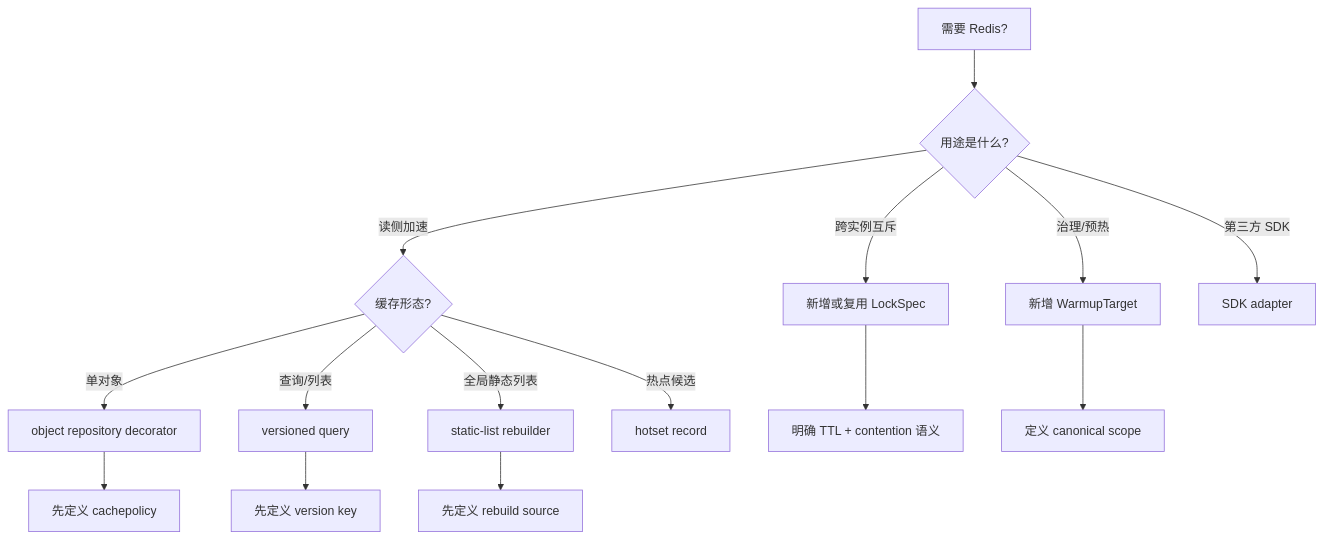
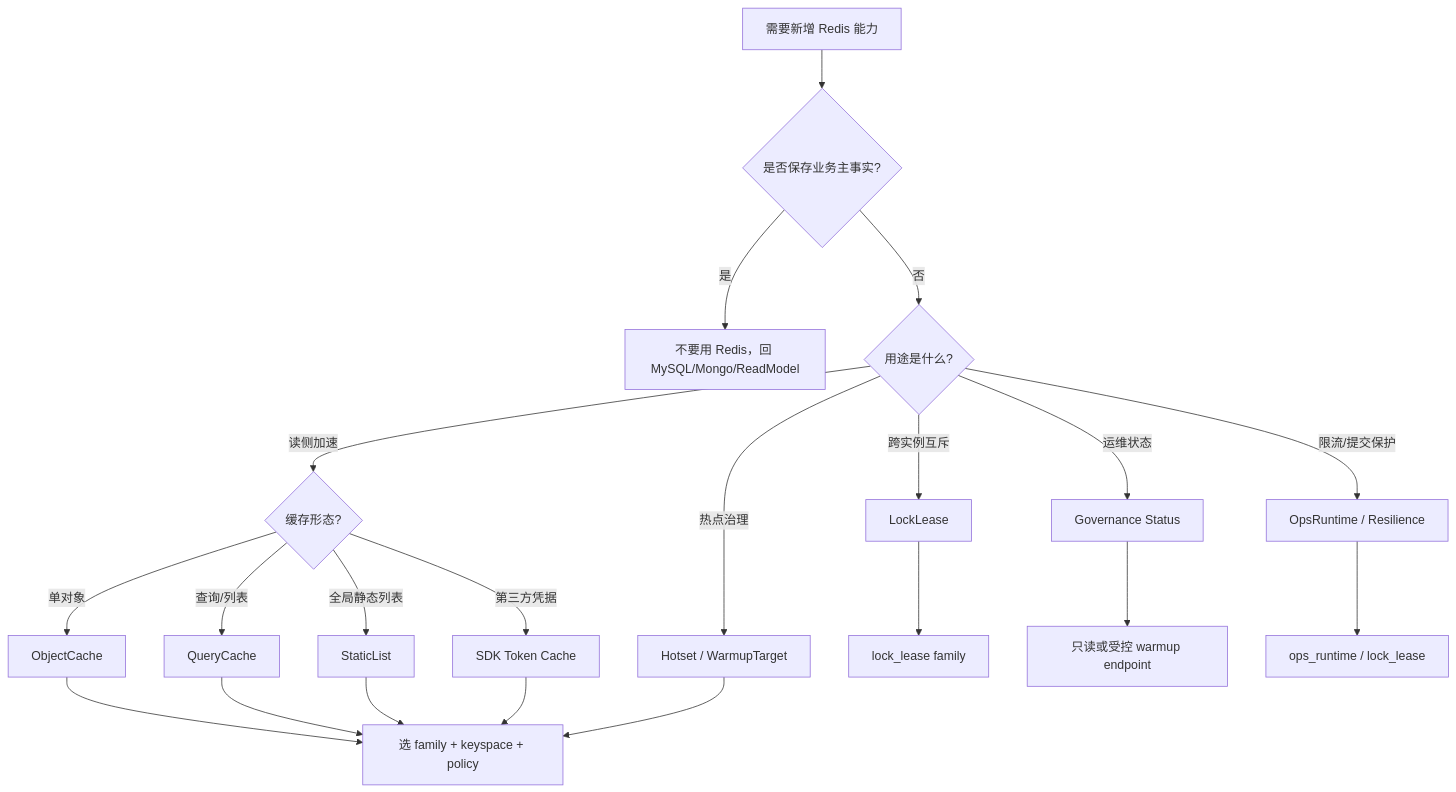
Before and after one commit to FangcunMount/qs-server: the diagram in docs/03-基础设施/redis/09-新增Redis能力SOP.md, drawn with Mermaid. The commit also changed other lines of this file and 10 other files, not shown here.

````diff
--- a/docs/03-基础设施/redis/09-新增Redis能力SOP.md
+++ b/docs/03-基础设施/redis/09-新增Redis能力SOP.md
@@ -18,19 +65,26 @@
 ```mermaid
 flowchart TD
-    Start["需要 Redis?"] --> Type{"用途是什么?"}
-    Type -->|读侧加速| Cache{"缓存形态?"}
-    Type -->|跨实例互斥| Lock["新增或复用 LockSpec"]
-    Type -->|治理/预热| Target["新增 WarmupTarget"]
-    Type -->|第三方 SDK| Adapter["SDK adapter"]
+    start["需要新增 Redis 能力"] --> fact{"是否保存业务主事实?"}
+    fact -- 是 --> noRedis["不要用 Redis，回 MySQL/Mongo/ReadModel"]
+    fact -- 否 --> purpose{"用途是什么?"}
 
-    Cache -->|单对象| Object["object repository decorator"]
-    Cache -->|查询/列表| Query["versioned query"]
-    Cache -->|全局静态列表| Static["static-list rebuilder"]
-    Cache -->|热点候选| Hotset["hotset record"]
+    purpose -- 读侧加速 --> cache{"缓存形态?"}
+    cache -- 单对象 --> object["ObjectCache"]
+    cache -- 查询/列表 --> query["QueryCache"]
+    cache -- 全局静态列表 --> static["StaticList"]
+    cache -- 第三方凭据 --> sdk["SDK Token Cache"]
 
-    Object --> Policy["先定义 cachepolicy"]
-    Query --> Version["先定义 version key"]
-    Static --> Rebuild["先定义 rebuild source"]
-    Lock --> TTL["明确 TTL + contention 语义"]
-    Target --> Scope["定义 canonical scope"]
+    purpose -- 热点治理 --> target["Hotset / WarmupTarget"]
+    purpose -- 跨实例互斥 --> lock["LockLease"]
+    purpose -- 运维状态 --> gov["Governance Status"]
+    purpose -- 限流/提交保护 --> ops["OpsRuntime / Resilience"]
+
+    object --> family["选 family + keyspace + policy"]
+    query --> family
+    static --> family
+    sdk --> family
+    target --> family
+    lock --> lockFamily["lock_lease family"]
+    gov --> endpoint["只读或受控 warmup endpoint"]
+    ops --> opsFamily["ops_runtime / lock_lease"]
 ```
````
